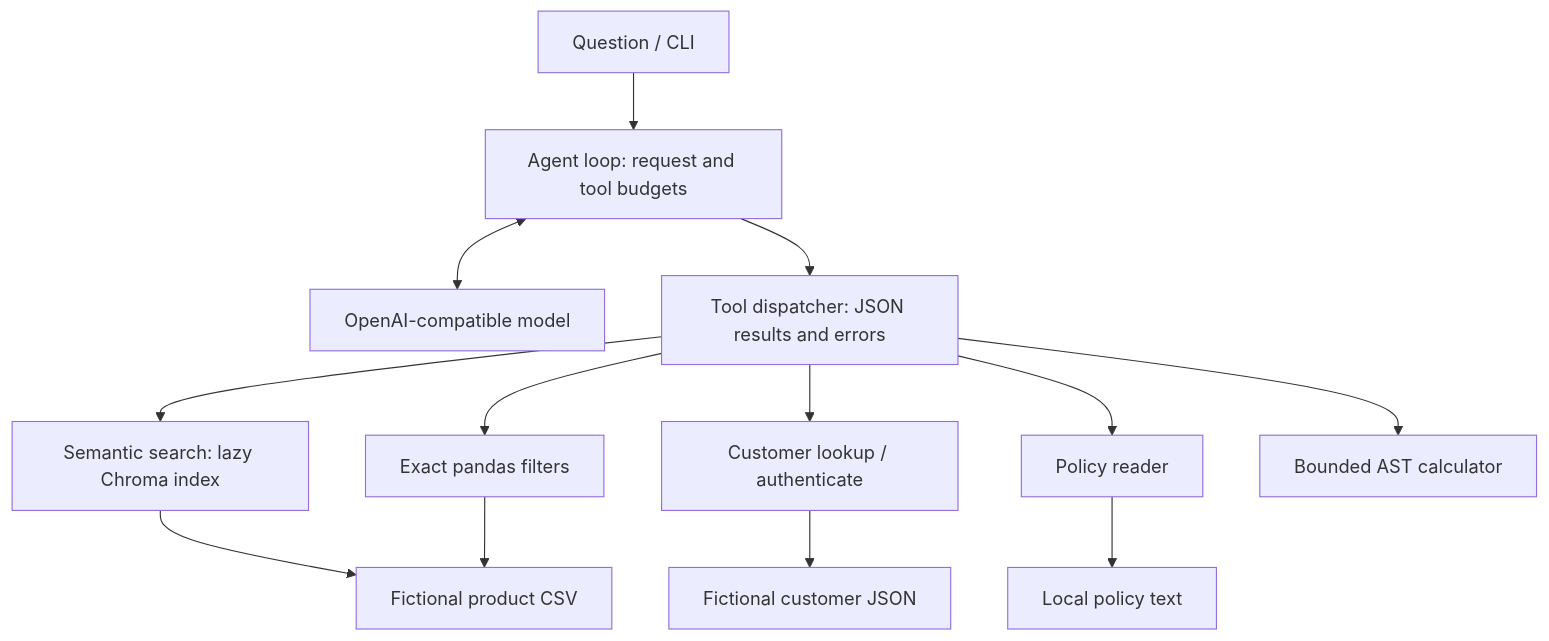
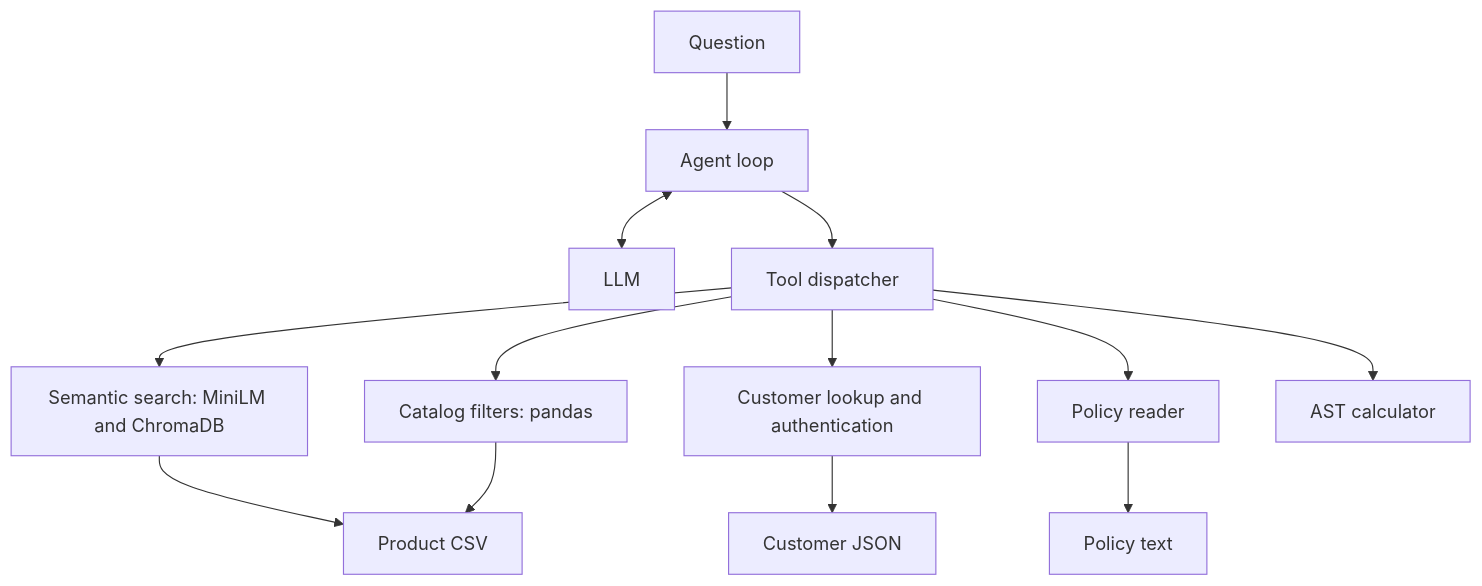
Before and after one commit to halfonsimon/agentic-rag-support-agent: the diagram in README.md, drawn with Mermaid. The commit also changed other lines of this file, not shown here.

````diff
--- a/README.md
+++ b/README.md
@@ -11,15 +50,15 @@
 ```mermaid
 flowchart TD
-    Q[Question / CLI] --> A[Agent loop: request and tool budgets]
-    A <--> L[OpenAI-compatible model]
-    A --> T[Tool dispatcher: JSON results and errors]
-    T --> R[Semantic search: lazy Chroma index]
-    T --> F[Exact pandas filters]
-    R --> P[Fictional product CSV]
+    Q[Question] --> A[Agent loop]
+    A <--> L[LLM]
+    A --> T[Tool dispatcher]
+    T --> R[Semantic search: MiniLM and ChromaDB]
+    T --> F[Catalog filters: pandas]
+    R --> P[Product CSV]
     F --> P
-    T --> C[Customer lookup / authenticate]
-    C --> J[Fictional customer JSON]
+    T --> C[Customer lookup and authentication]
+    C --> J[Customer JSON]
     T --> S[Policy reader]
-    S --> D[Local policy text]
-    T --> M[Bounded AST calculator]
+    S --> D[Policy text]
+    T --> M[AST calculator]
 ```
````
